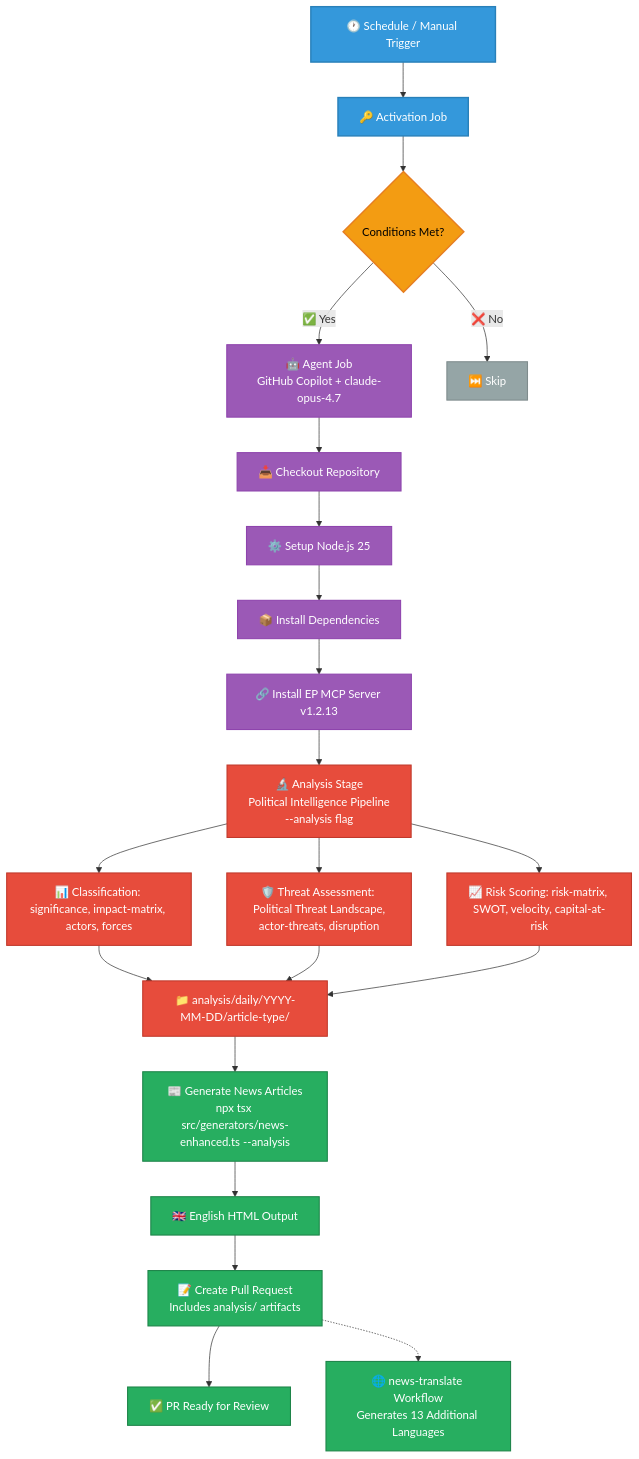
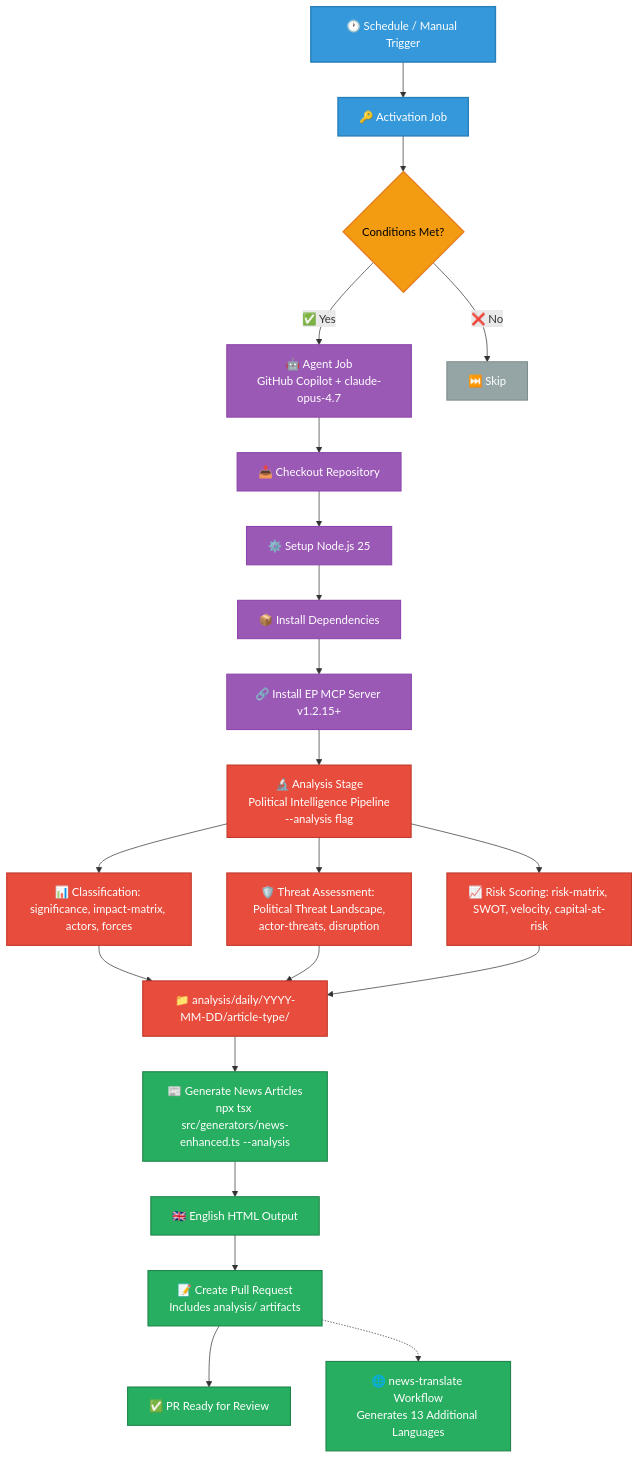
The third of 22 diagrams in WORKFLOWS.md (Hack23/euparliamentmonitor), drawn with Mermaid before and after one commit. The commit also changed other lines of this file and 6 other files, not shown here.

````diff
--- a/WORKFLOWS.md
+++ b/WORKFLOWS.md
@@ -262,37 +249,37 @@
 ```mermaid
 graph TD
     A[🕐 Schedule / Manual Trigger] --> B[🔑 Activation Job]
     B --> C{Conditions Met?}
     C -->|✅ Yes| D[🤖 Agent Job<br/>GitHub Copilot + claude-opus-4.7]
     C -->|❌ No| E[⏭️ Skip]
     D --> F[📥 Checkout Repository]
     F --> G[⚙️ Setup Node.js 25]
     G --> H[📦 Install Dependencies]
-    H --> I[🔗 Install EP MCP Server v1.2.13]
+    H --> I[🔗 Install EP MCP Server v1.2.15+]
     I --> J1[🔬 Analysis Stage<br/>Political Intelligence Pipeline<br/>--analysis flag]
     J1 --> J1a[📊 Classification: significance, impact-matrix, actors, forces]
     J1 --> J1b[🛡️ Threat Assessment: Political Threat Landscape,<br/>actor-threats, disruption]
     J1 --> J1c[📈 Risk Scoring: risk-matrix, SWOT, velocity, capital-at-risk]
     J1a --> J1d["📁 analysis/daily/YYYY-MM-DD/article-type/"]
     J1b --> J1d
     J1c --> J1d
     J1d --> J[📰 Generate News Articles<br/>npx tsx src/generators/news-enhanced.ts --analysis]
     J --> K[🇬🇧 English HTML Output]
     K --> L[📝 Create Pull Request<br/>Includes analysis/ artifacts]
     L --> M[✅ PR Ready for Review]
     L -.-> N[🌐 news-translate Workflow<br/>Generates 13 Additional Languages]
 
     classDef trigger fill:#3498db,stroke:#2980b9,stroke-width:2px,color:white
     classDef process fill:#9b59b6,stroke:#8e44ad,stroke-width:1.5px,color:white
     classDef decision fill:#f39c12,stroke:#e67e22,stroke-width:2px,color:black
     classDef skip fill:#95a5a6,stroke:#7f8c8d,stroke-width:1.5px,color:white
     classDef analysis fill:#e74c3c,stroke:#c0392b,stroke-width:1.5px,color:white
     classDef output fill:#27ae60,stroke:#1e8449,stroke-width:1.5px,color:white
 
     class A,B trigger
     class D,F,G,H,I process
     class C decision
     class E skip
     class J1,J1a,J1b,J1c,J1d analysis
     class J,K,L,M,N output
 ```
````
